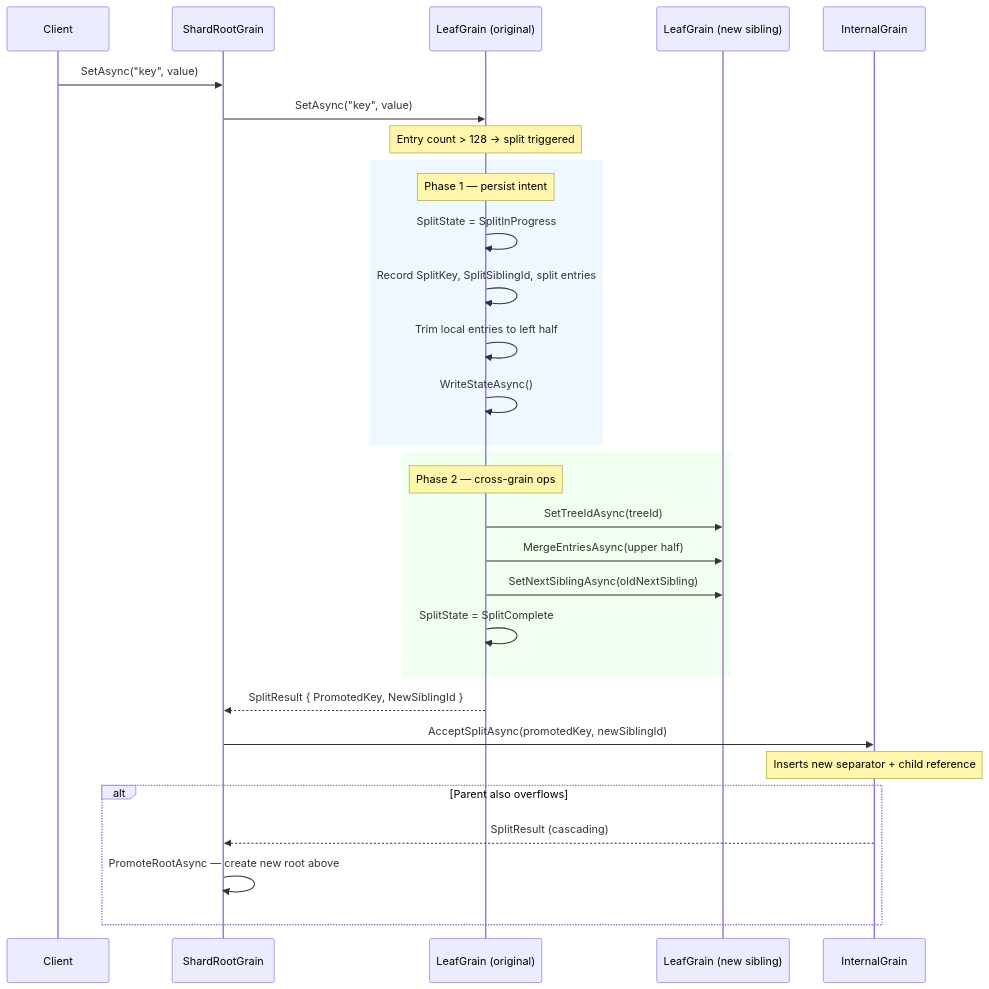
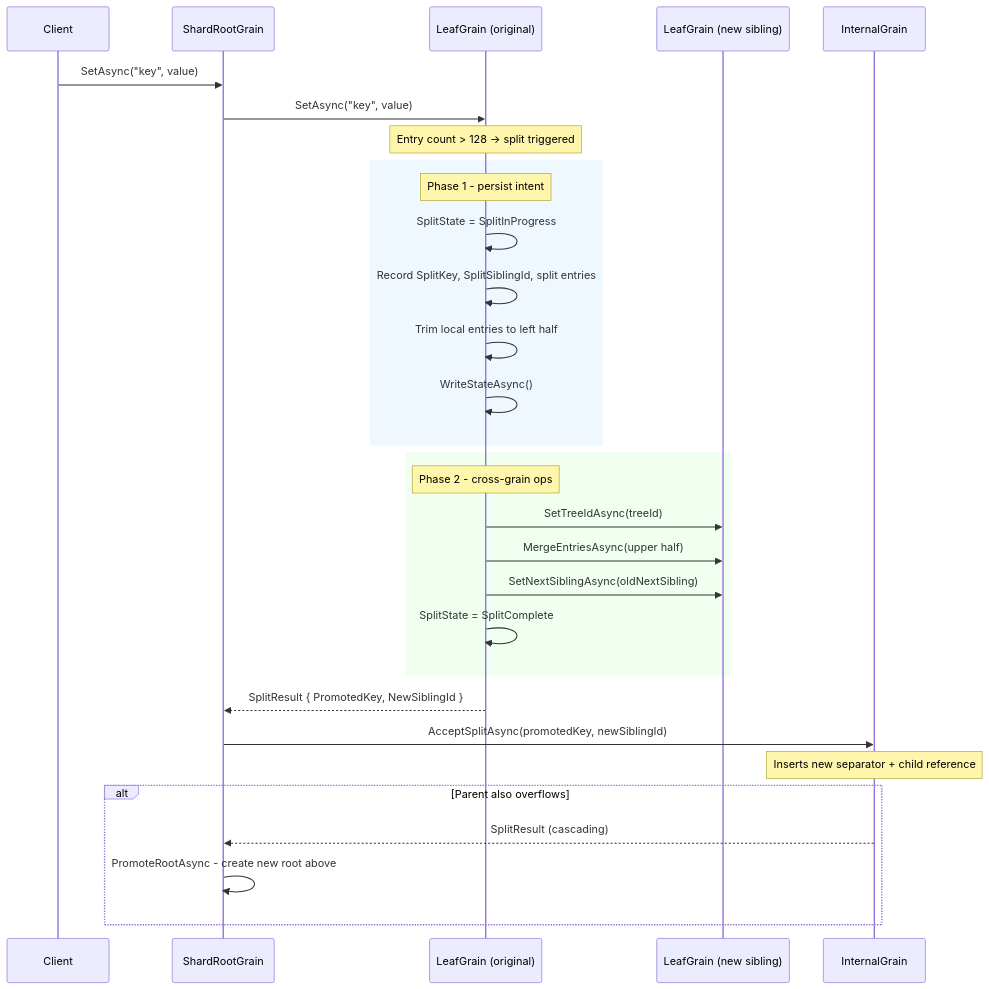
The third of 3 diagrams in docs/lattice/tree-structure.md (NSTA1/Orleans.Lattice), drawn with Mermaid before and after one commit. The commit also changed other lines of this file and 518 other files, not shown here.

````diff
--- a/docs/lattice/tree-structure.md
+++ b/docs/lattice/tree-structure.md
@@ -58,39 +58,39 @@
 ```mermaid
 sequenceDiagram
     participant Client
     participant Root as ShardRootGrain
     participant Leaf as LeafGrain (original)
     participant New as LeafGrain (new sibling)
     participant Parent as InternalGrain
 
     Client->>Root: SetAsync("key", value)
     Root->>Leaf: SetAsync("key", value)
 
     Note over Leaf: Entry count > 128 → split triggered
 
     rect rgb(240, 248, 255)
-    Note over Leaf: Phase 1 — persist intent
+    Note over Leaf: Phase 1 - persist intent
     Leaf->>Leaf: SplitState = SplitInProgress
     Leaf->>Leaf: Record SplitKey, SplitSiblingId, split entries
     Leaf->>Leaf: Trim local entries to left half
     Leaf->>Leaf: WriteStateAsync()
     end
 
     rect rgb(240, 255, 240)
-    Note over Leaf: Phase 2 — cross-grain ops
+    Note over Leaf: Phase 2 - cross-grain ops
     Leaf->>New: SetTreeIdAsync(treeId)
     Leaf->>New: MergeEntriesAsync(upper half)
     Leaf->>New: SetNextSiblingAsync(oldNextSibling)
     Leaf->>Leaf: SplitState = SplitComplete
     end
 
     Leaf-->>Root: SplitResult { PromotedKey, NewSiblingId }
     Root->>Parent: AcceptSplitAsync(promotedKey, newSiblingId)
 
     Note over Parent: Inserts new separator + child reference
 
     alt Parent also overflows
         Parent-->>Root: SplitResult (cascading)
-        Root->>Root: PromoteRootAsync — create new root above
+        Root->>Root: PromoteRootAsync - create new root above
     end
 ```
````
